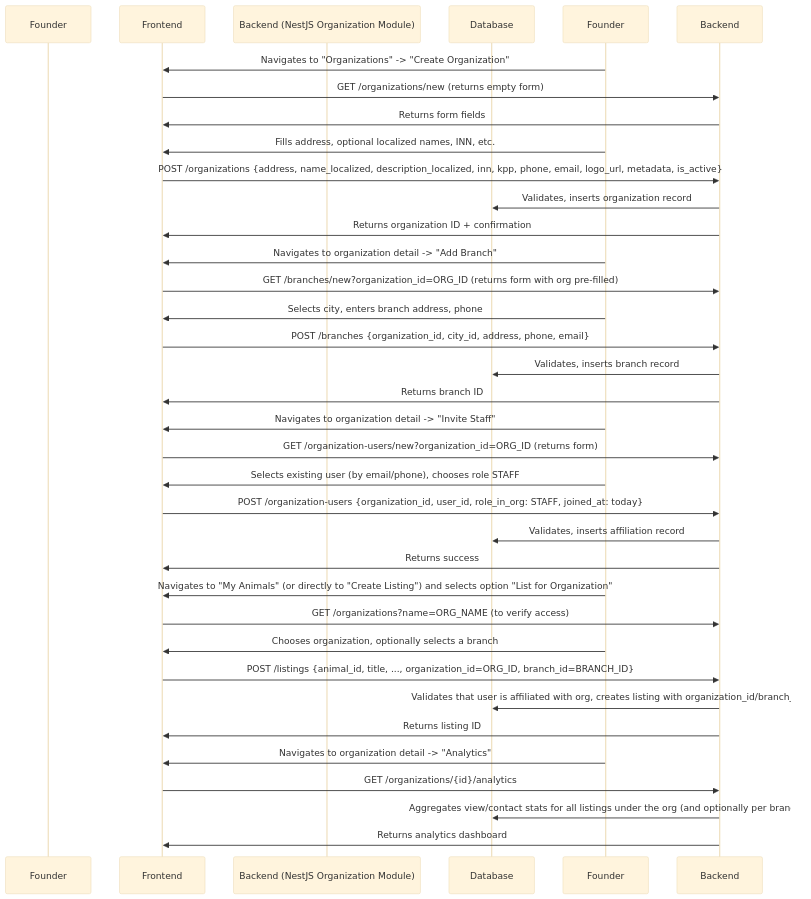
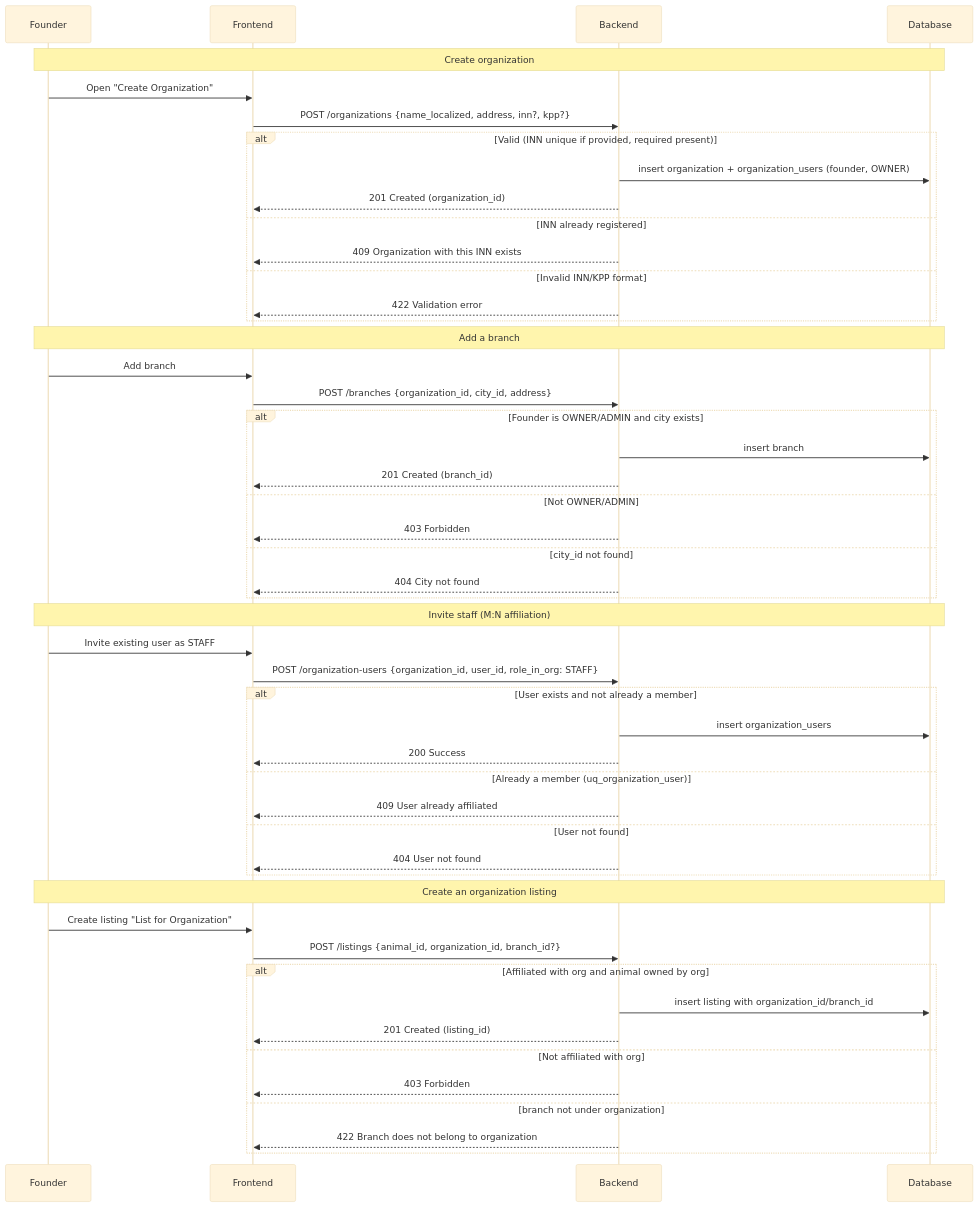
Before and after one commit to Aleksandr-Sulimenko/ZooLink: the diagram in docs/02-requirements/business-requirements/organization-domain.md, drawn with Mermaid (base theme). The commit also changed other lines of this file and 18 other files, not shown here.

First line of the commit message:
P2 + item 9: визуализация стейт-машин, error-ветки sequence, гигиена доков

````diff
--- a/docs/02-requirements/business-requirements/organization-domain.md
+++ b/docs/02-requirements/business-requirements/organization-domain.md
@@ -153,46 +153,55 @@
 ```mermaid
 sequenceDiagram
-    participant User as Founder
-    participant Frontend
-    participant Backend (NestJS Organization Module)
-    participant Database
+    participant F as Founder
+    participant FE as Frontend
+    participant BE as Backend
+    participant DB as Database
 
-    %% Create organization
-    Founder->>Frontend: Navigates to "Organizations" -> "Create Organization"
-    Frontend->>Backend: GET /organizations/new (returns empty form)
-    Backend->>Frontend: Returns form fields
-    Founder->>Frontend: Fills address, optional localized names, INN, etc.
-    Frontend->>Backend: POST /organizations {address, name_localized, description_localized, inn, kpp, phone, email, logo_url, metadata, is_active}
-    Backend->>Database: Validates, inserts organization record
-    Backend->>Frontend: Returns organization ID + confirmation
+    Note over F,DB: Create organization
+    F->>FE: Open "Create Organization"
+    FE->>BE: POST /organizations {name_localized, address, inn?, kpp?}
+    alt Valid (INN unique if provided, required present)
+        BE->>DB: insert organization + organization_users (founder, OWNER)
+        BE-->>FE: 201 Created (organization_id)
+    else INN already registered
+        BE-->>FE: 409 Organization with this INN exists
+    else Invalid INN/KPP format
+        BE-->>FE: 422 Validation error
+    end
 
-    %% Add a branch
-    Founder->>Frontend: Navigates to organization detail -> "Add Branch"
-    Frontend->>Backend: GET /branches/new?organization_id=ORG_ID (returns form with org pre-filled)
-    Founder->>Frontend: Selects city, enters branch address, phone
-    Frontend->>Backend: POST /branches {organization_id, city_id, address, phone, email}
-    Backend->>Database: Validates, inserts branch record
-    Backend->>Frontend: Returns branch ID
+    Note over F,DB: Add a branch
+    F->>FE: Add branch
+    FE->>BE: POST /branches {organization_id, city_id, address}
+    alt Founder is OWNER/ADMIN and city exists
+        BE->>DB: insert branch
+        BE-->>FE: 201 Created (branch_id)
+    else Not OWNER/ADMIN
+        BE-->>FE: 403 Forbidden
+    else city_id not found
+        BE-->>FE: 404 City not found
+    end
 
-    %% Invite a staff member
-    Founder->>Frontend: Navigates to organization detail -> "Invite Staff"
-    Frontend->>Backend: GET /organization-users/new?organization_id=ORG_ID (returns form)
-    Founder->>Frontend: Selects existing user (by email/phone), chooses role STAFF
-    Frontend->>Backend: POST /organization-users {organization_id, user_id, role_in_org: STAFF, joined_at: today}
-    Backend->>Database: Validates, inserts affiliation record
-    Backend->>Frontend: Returns success
+    Note over F,DB: Invite staff (M:N affiliation)
+    F->>FE: Invite existing user as STAFF
+    FE->>BE: POST /organization-users {organization_id, user_id, role_in_org: STAFF}
+    alt User exists and not already a member
+        BE->>DB: insert organization_users
+        BE-->>FE: 200 Success
+    else Already a member (uq_organization_user)
+        BE-->>FE: 409 User already affiliated
+    else User not found
+        BE-->>FE: 404 User not found
+    end
 
-    %% Create a listing on behalf of the organization
-    Founder->>Frontend: Navigates to "My Animals" (or directly to "Create Listing") and selects option "List for Organization"
-    Frontend->>Backend: GET /organizations?name=ORG_NAME (to verify access)
-    Founder->>Frontend: Chooses organization, optionally selects a branch
-    Frontend->>Backend: POST /listings {animal_id, title, ..., organization_id=ORG_ID, branch_id=BRANCH_ID}
-    Backend->>Database: Validates that user is affiliated with org, creates listing with organization_id/branch_id
-    Backend->>Frontend: Returns listing ID
-
-    %% View organization analytics
-    Founder->>Frontend: Navigates to organization detail -> "Analytics"
-    Frontend->>Backend: GET /organizations/{id}/analytics
-    Backend->>Database: Aggregates view/contact stats for all listings under the org (and optionally per branch)
-    Backend->>Frontend: Returns analytics dashboard
+    Note over F,DB: Create an organization listing
+    F->>FE: Create listing "List for Organization"
+    FE->>BE: POST /listings {animal_id, organization_id, branch_id?}
+    alt Affiliated with org and animal owned by org
+        BE->>DB: insert listing with organization_id/branch_id
+        BE-->>FE: 201 Created (listing_id)
+    else Not affiliated with org
+        BE-->>FE: 403 Forbidden
+    else branch not under organization
+        BE-->>FE: 422 Branch does not belong to organization
+    end
 ```
````
